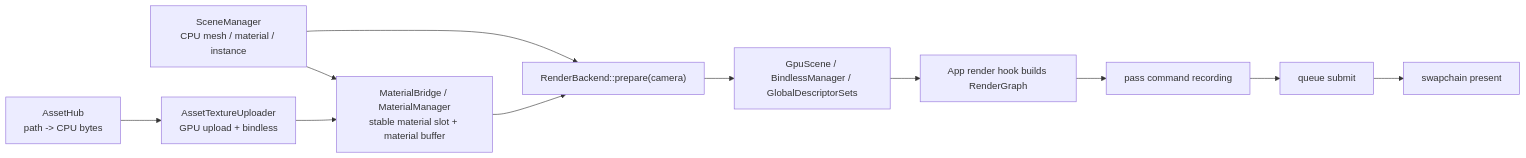
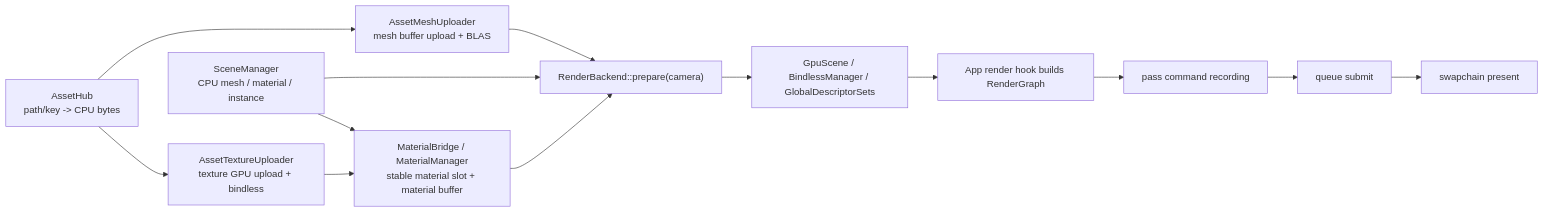
One commit to acccoco/TruvisRenderer changed the fifth of 6 diagrams in ARCHITECTURE.md. Above: the diagram before and after it, drawn with Mermaid. The commit also changed other lines of this file and 21 other files, not shown here.

````diff
--- a/ARCHITECTURE.md
+++ b/ARCHITECTURE.md
@@ -171,13 +173,15 @@
 ```mermaid
 flowchart LR
-    AssetHub["AssetHub<br/>path -> CPU bytes"] --> TextureUploader["AssetTextureUploader<br/>GPU upload + bindless"]
+    AssetHub["AssetHub<br/>path/key -> CPU bytes"] --> TextureUploader["AssetTextureUploader<br/>texture GPU upload + bindless"]
+    AssetHub --> MeshUploader["AssetMeshUploader<br/>mesh buffer upload + BLAS"]
     Scene["SceneManager<br/>CPU mesh / material / instance"] --> MaterialBridge["MaterialBridge / MaterialManager<br/>stable material slot + material buffer"]
     TextureUploader --> MaterialBridge
+    MeshUploader --> Prepare
     Scene --> Prepare["RenderBackend::prepare(camera)"]
     MaterialBridge --> Prepare
     Prepare --> GpuResources["GpuScene / BindlessManager / GlobalDescriptorSets"]
     GpuResources --> BuildGraph["App render hook builds RenderGraph"]
     BuildGraph --> RecordCommands["pass command recording"]
     RecordCommands --> Submit["queue submit"]
     Submit --> Present["swapchain present"]
 ```
````
